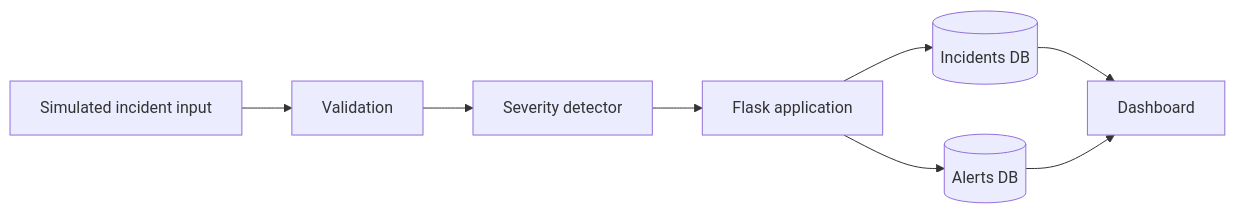
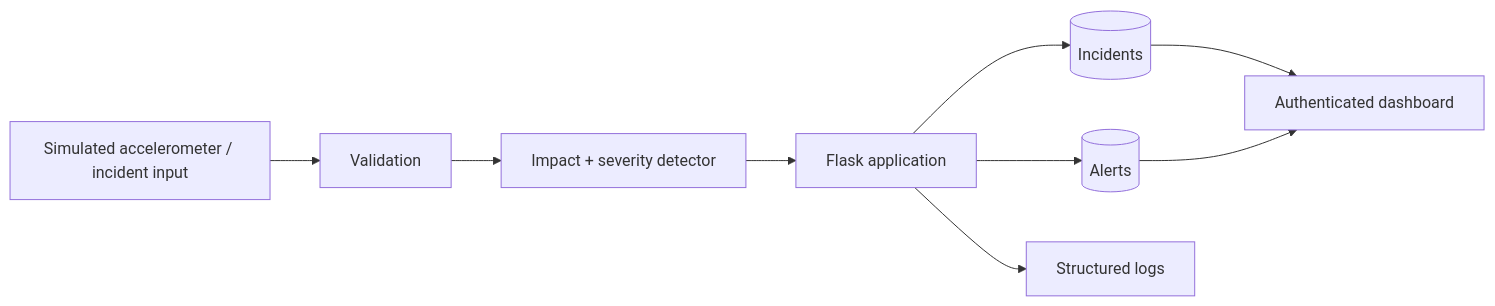
One commit to rsswethaa/automated-emergency-response-system changed the diagram in README.md. Above: the diagram before and after it, drawn with Mermaid. The commit also changed other lines of this file and 13 other files, not shown here.

````diff
--- a/README.md
+++ b/README.md
@@ -33,10 +43,11 @@
 ```mermaid
 flowchart LR
-    S[Simulated incident input] --> V[Validation]
-    V --> D[Severity detector]
+    S[Simulated accelerometer / incident input] --> V[Validation]
+    V --> D[Impact + severity detector]
     D --> F[Flask application]
-    F --> I[(Incidents DB)]
-    F --> A[(Alerts DB)]
-    I --> B[Dashboard]
+    F --> I[(Incidents)]
+    F --> A[(Alerts)]
+    I --> B[Authenticated dashboard]
     A --> B
+    F --> L[Structured logs]
 ```
````
